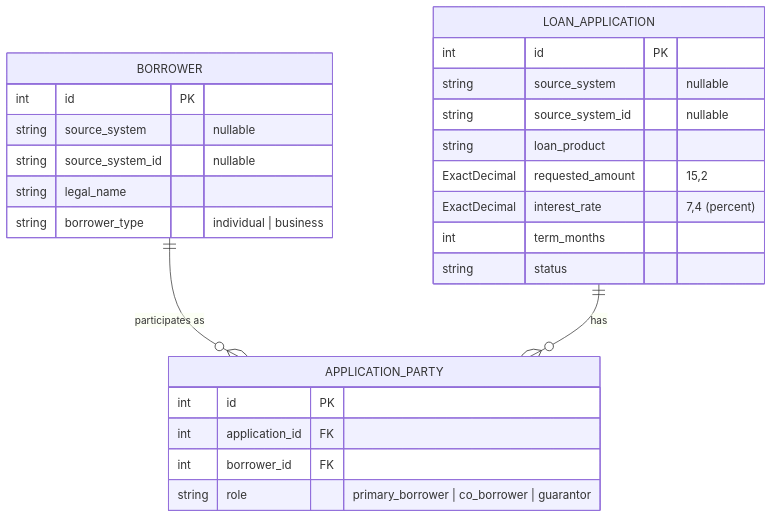
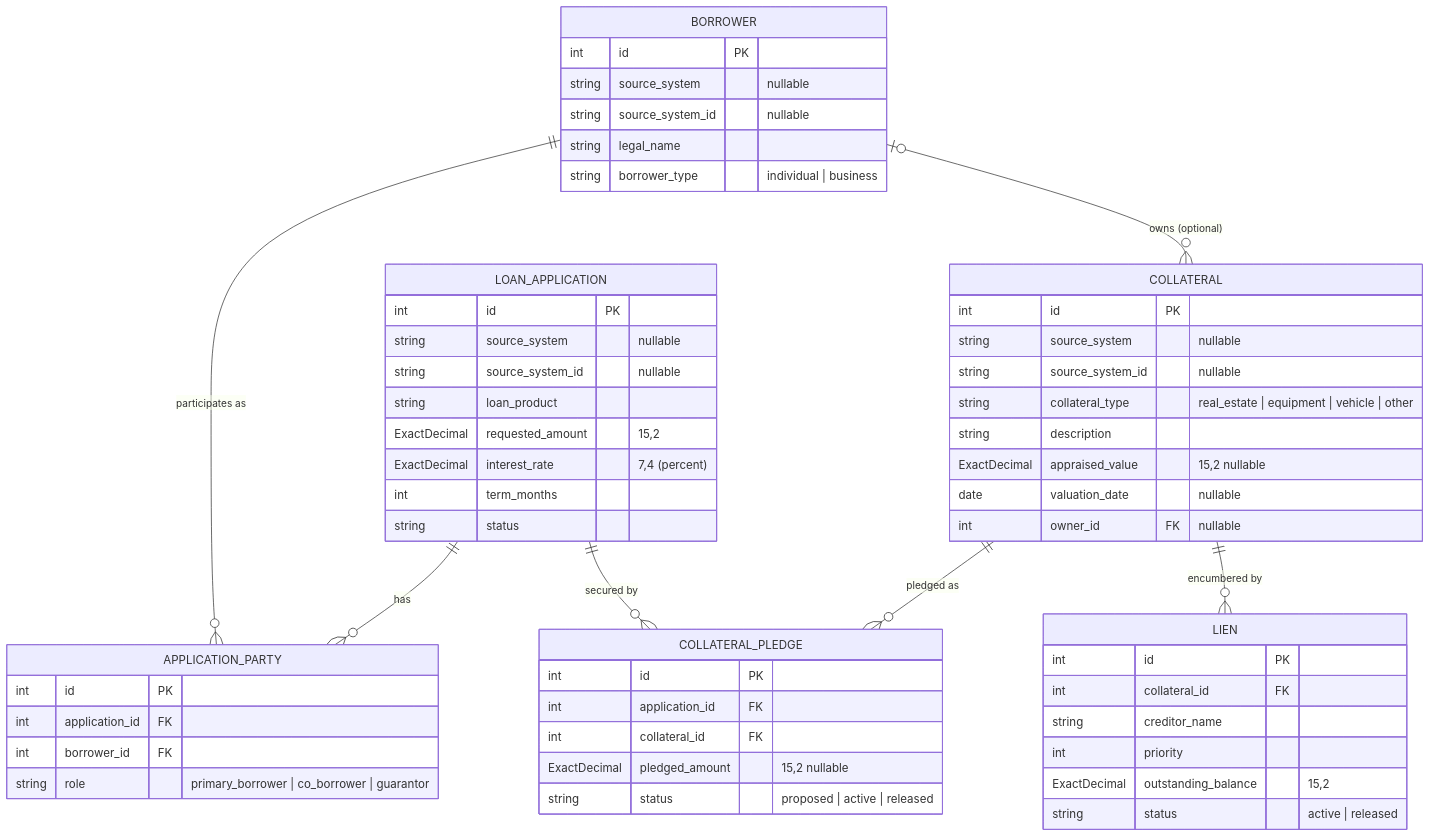
Before and after one commit to Quarterican-KJ/loan-origination-conversion-lab: the second of 2 diagrams in docs/architecture.md, drawn with Mermaid. The commit also changed other lines of this file and 6 other files, not shown here.

Commit message:
Add collateral pledges, lien tracking, and validation tests

````diff
--- a/docs/architecture.md
+++ b/docs/architecture.md
@@ -72,28 +72,57 @@
 ```mermaid
 erDiagram
     BORROWER ||--o{ APPLICATION_PARTY : "participates as"
     LOAN_APPLICATION ||--o{ APPLICATION_PARTY : "has"
+    BORROWER |o--o{ COLLATERAL : "owns (optional)"
+    LOAN_APPLICATION ||--o{ COLLATERAL_PLEDGE : "secured by"
+    COLLATERAL ||--o{ COLLATERAL_PLEDGE : "pledged as"
+    COLLATERAL ||--o{ LIEN : "encumbered by"
     BORROWER {
         int id PK
         string source_system "nullable"
         string source_system_id "nullable"
         string legal_name
         string borrower_type "individual | business"
     }
     LOAN_APPLICATION {
         int id PK
         string source_system "nullable"
         string source_system_id "nullable"
         string loan_product
         ExactDecimal requested_amount "15,2"
         ExactDecimal interest_rate "7,4 (percent)"
         int term_months
         string status
     }
     APPLICATION_PARTY {
         int id PK
         int application_id FK
         int borrower_id FK
         string role "primary_borrower | co_borrower | guarantor"
     }
+    COLLATERAL {
+        int id PK
+        string source_system "nullable"
+        string source_system_id "nullable"
+        string collateral_type "real_estate | equipment | vehicle | other"
+        string description
+        ExactDecimal appraised_value "15,2 nullable"
+        date valuation_date "nullable"
+        int owner_id FK "nullable"
+    }
+    COLLATERAL_PLEDGE {
+        int id PK
+        int application_id FK
+        int collateral_id FK
+        ExactDecimal pledged_amount "15,2 nullable"
+        string status "proposed | active | released"
+    }
+    LIEN {
+        int id PK
+        int collateral_id FK
+        string creditor_name
+        int priority
+        ExactDecimal outstanding_balance "15,2"
+        string status "active | released"
+    }
 ```
````
